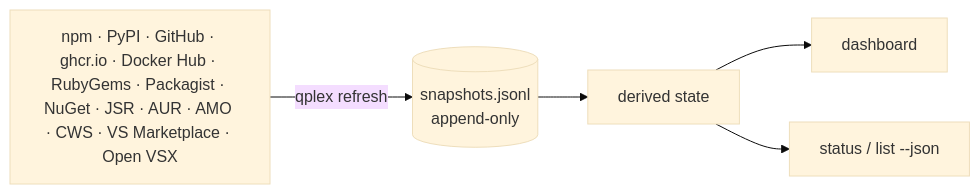
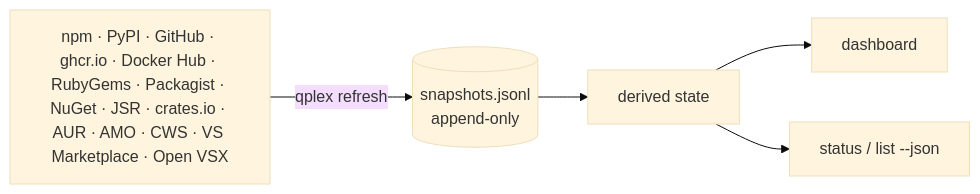
The diagram in README.md (shbernal/quadraplex), drawn with Mermaid (base theme) before and after one commit. The commit also changed other lines of this file and 24 other files, not shown here.

````diff
--- a/README.md
+++ b/README.md
@@ -117,7 +118,7 @@
 ```mermaid
 flowchart LR
-  R[npm · PyPI · GitHub · ghcr.io · Docker Hub · RubyGems · Packagist · NuGet · JSR · AUR · AMO · CWS · VS Marketplace · Open VSX] -->|qplex refresh| S[(snapshots.jsonl<br>append-only)]
+  R[npm · PyPI · GitHub · ghcr.io · Docker Hub · RubyGems · Packagist · NuGet · JSR · crates.io · AUR · AMO · CWS · VS Marketplace · Open VSX] -->|qplex refresh| S[(snapshots.jsonl<br>append-only)]
   S --> D[derived state]
   D --> T[dashboard]
   D --> J[status / list --json]
 ```
````
